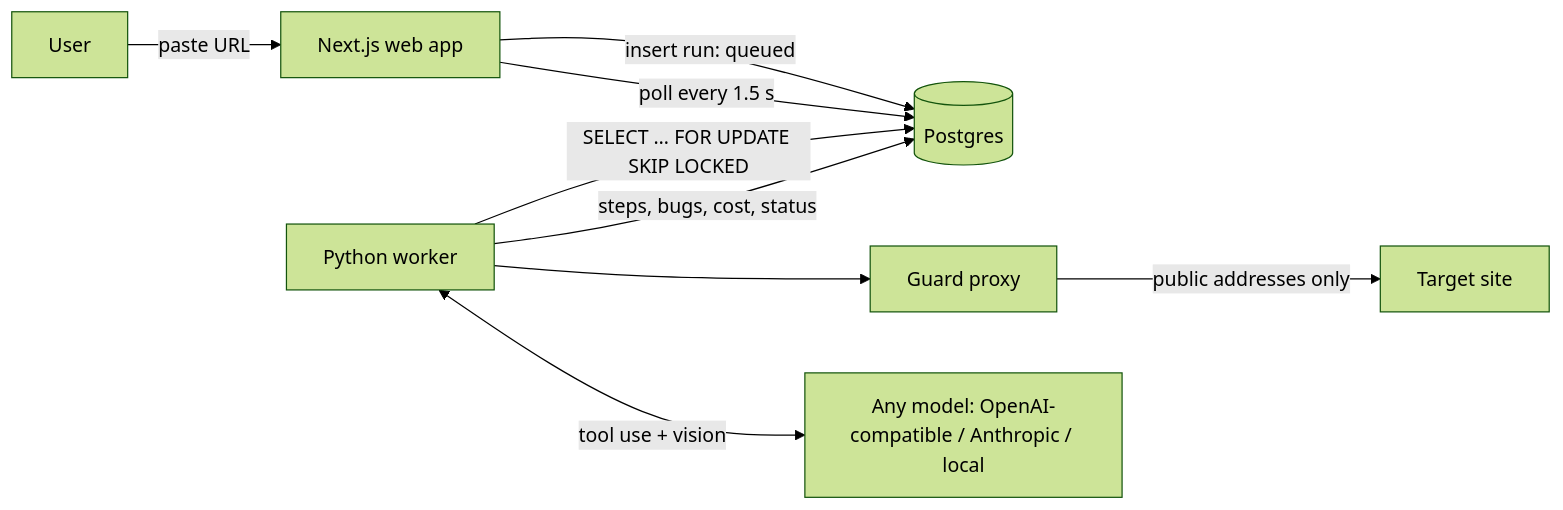
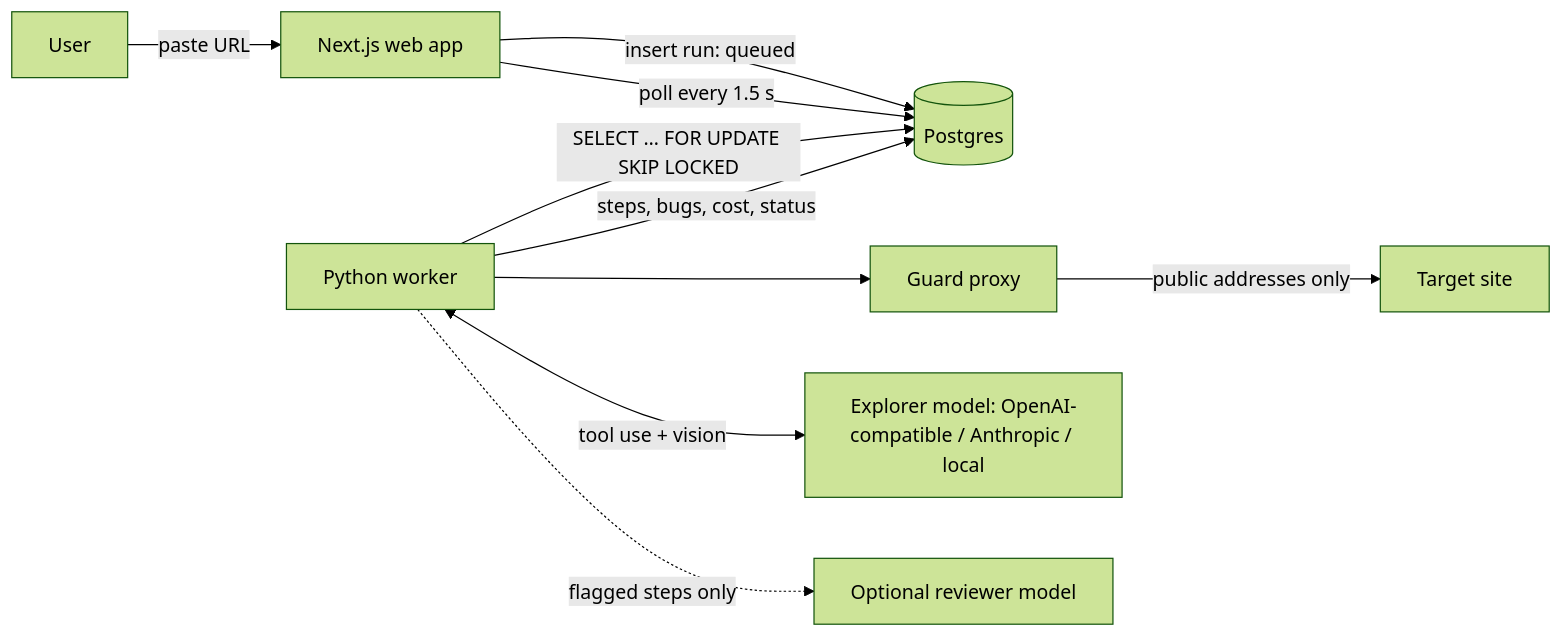
One commit to gibberishxd/ai-test-agent changed the diagram in README.md. Above: the diagram before and after it, drawn with Mermaid (forest theme). The commit also changed other lines of this file and 9 other files, not shown here.

````diff
--- a/README.md
+++ b/README.md
@@ -76,11 +72,12 @@
 ```mermaid
 flowchart LR
     U[User] -->|paste URL| W[Next.js web app]
     W -->|insert run: queued| DB[(Postgres)]
     WK[Python worker] -->|SELECT … FOR UPDATE SKIP LOCKED| DB
     WK -->|steps, bugs, cost, status| DB
     W -->|poll every 1.5 s| DB
     WK --> P[Guard proxy]
     P -->|public addresses only| T[Target site]
-    WK <-->|tool use + vision| L[Any model: OpenAI-compatible / Anthropic / local]
+    WK <-->|tool use + vision| L[Explorer model: OpenAI-compatible / Anthropic / local]
+    WK -.->|flagged steps only| R[Optional reviewer model]
 ```
````
